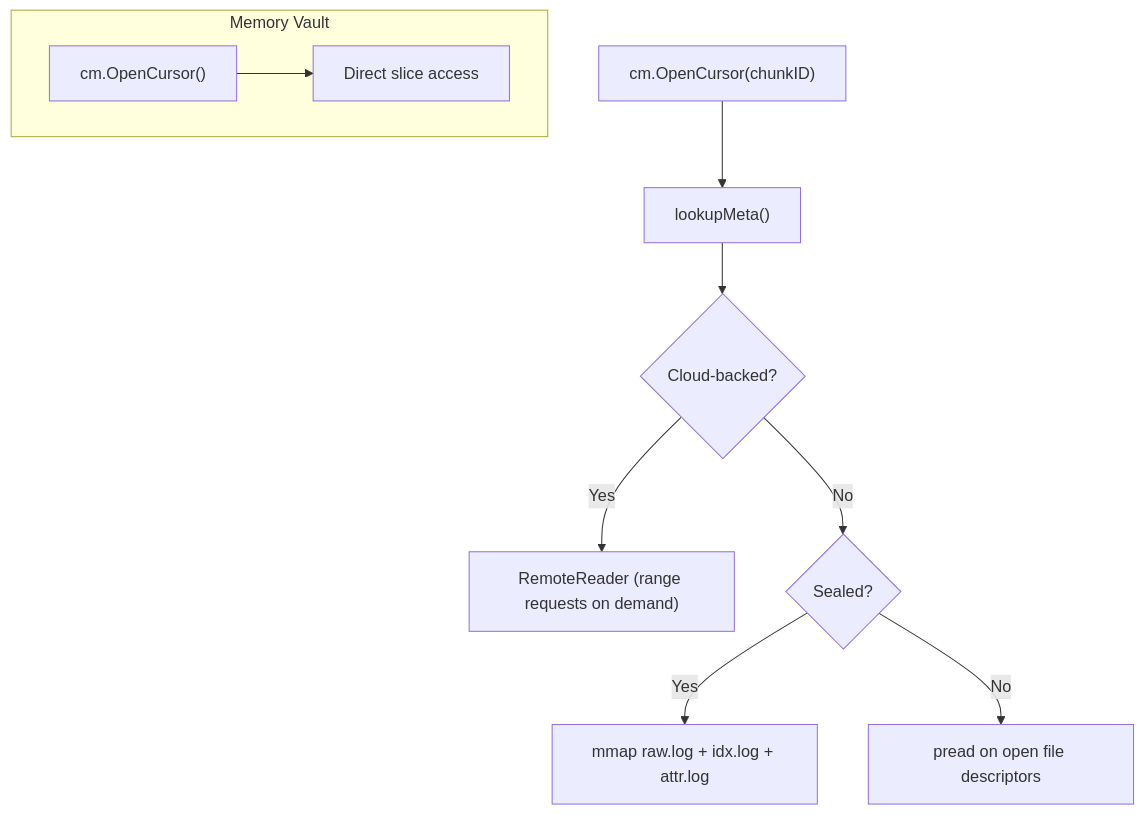
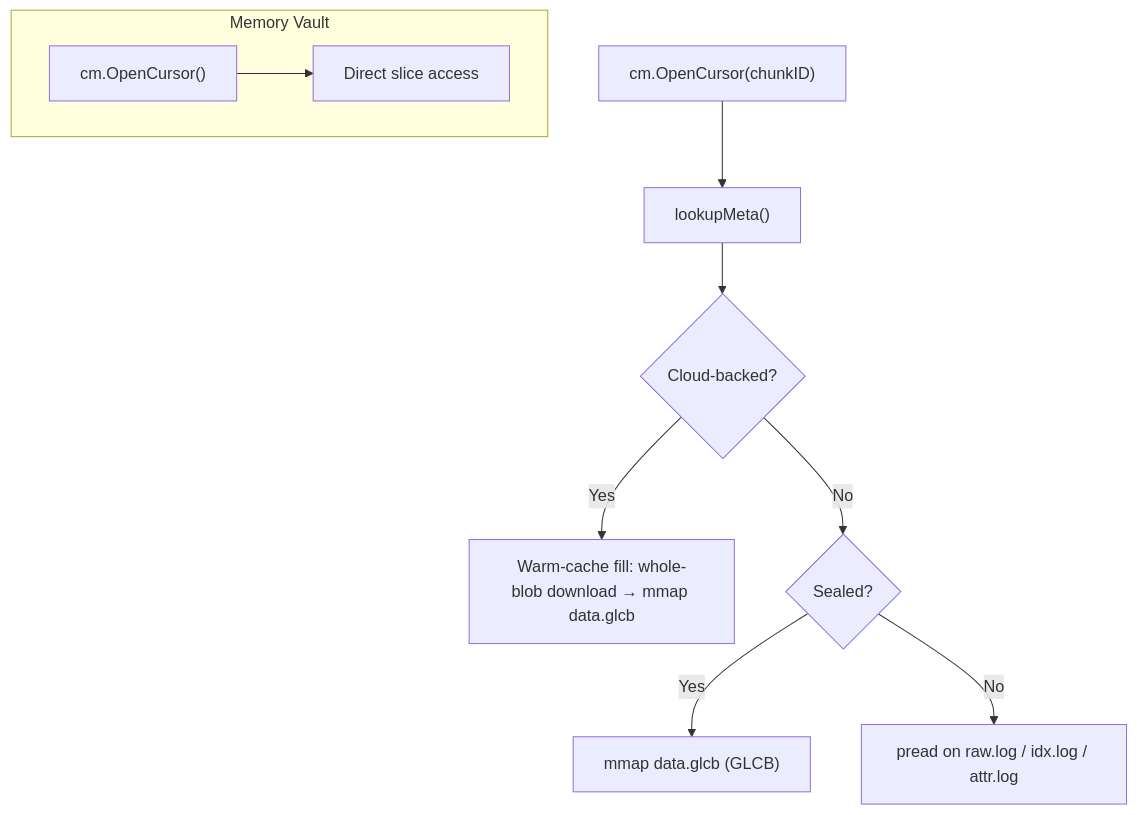
The sixth of 10 diagrams in docs/query_execution.md (kluzzebass/gastrolog), drawn with Mermaid before and after one commit. The commit also changed other lines of this file and 1 other file, not shown here.

First line of the commit message:
docs(query,indexing): purge superseded pre-V3 format and scan-path claims

````diff
--- a/docs/query_execution.md
+++ b/docs/query_execution.md
@@ -173,14 +176,14 @@
 ```mermaid
 flowchart TD
     Open["cm.OpenCursor(chunkID)"] --> LookupMeta["lookupMeta()"]
 
     LookupMeta --> IsCloud{"Cloud-backed?"}
-    IsCloud -->|Yes| CloudPath["RemoteReader (range requests on demand)"]
+    IsCloud -->|Yes| CloudPath["Warm-cache fill: whole-blob download → mmap data.glcb"]
     IsCloud -->|No| IsSealed{"Sealed?"}
-    IsSealed -->|Yes| MmapPath["mmap raw.log + idx.log + attr.log"]
-    IsSealed -->|No| StdioPath["pread on open file descriptors"]
+    IsSealed -->|Yes| MmapPath["mmap data.glcb (GLCB)"]
+    IsSealed -->|No| StdioPath["pread on raw.log / idx.log / attr.log"]
 
     subgraph Memory Vault
         MemOpen["cm.OpenCursor()"] --> MemSlice["Direct slice access"]
     end
 ```
````
